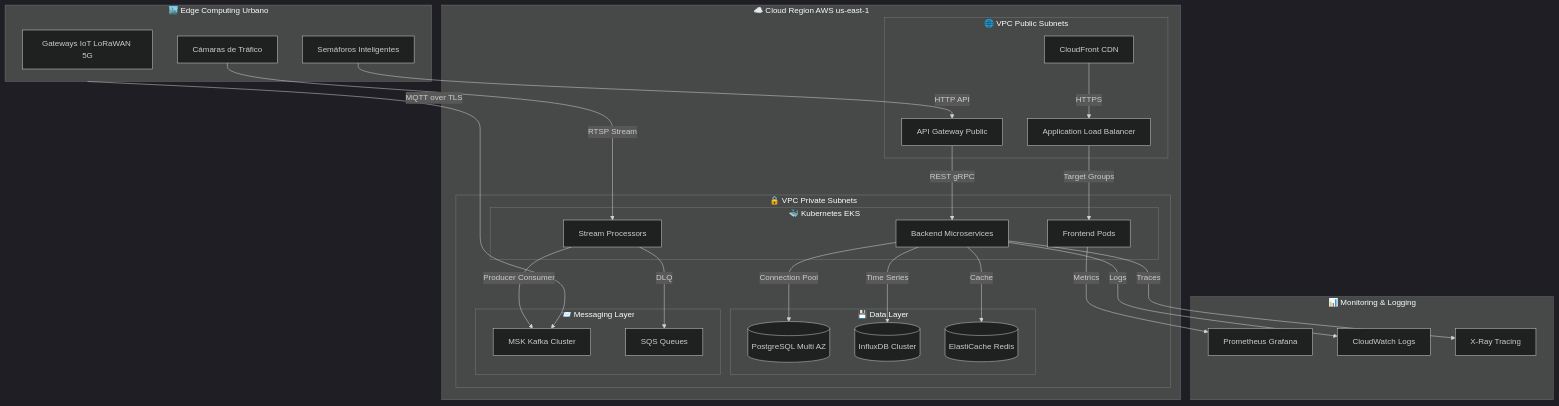
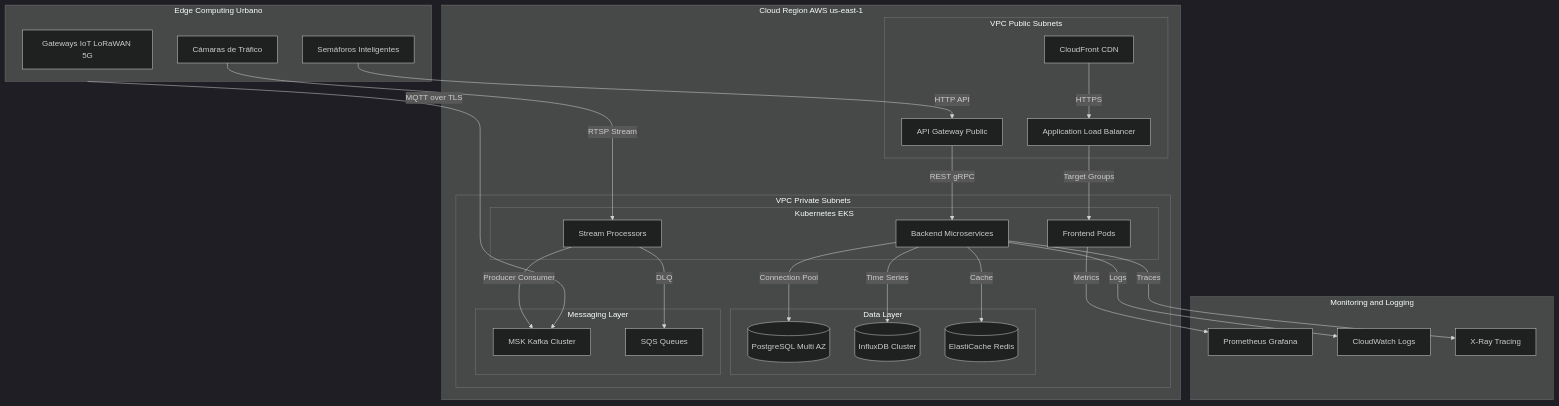
One commit to navegador10/Actividad_1_Arquitectura_Smart_Mobility changed the sixth of 6 diagrams in README.md. Above: the diagram before and after it, drawn with Mermaid (dark theme). The commit also changed other lines of this file, not shown here.

First line of the commit message:
Fix: Eliminar emojis de nombres de subgrafos Mermaid para compatibilidad con GitHub

````diff
--- a/README.md
+++ b/README.md
@@ -441,59 +441,59 @@
 ```mermaid
 graph TB
-    subgraph EDGE["🏙️ Edge Computing Urbano"]
+    subgraph EDGE["Edge Computing Urbano"]
         E1[Gateways IoT LoRaWAN 5G]
         E2[Semáforos Inteligentes]
         E3[Cámaras de Tráfico]
     end
 
-    subgraph CLOUD_REGION["☁️ Cloud Region AWS us-east-1"]
-        subgraph VPC_PUBLIC["🌐 VPC Public Subnets"]
+    subgraph CLOUD_REGION["Cloud Region AWS us-east-1"]
+        subgraph VPC_PUBLIC["VPC Public Subnets"]
             LB[Application Load Balancer]
             CDN[CloudFront CDN]
             API[API Gateway Public]
         end
 
-        subgraph VPC_PRIVATE["🔒 VPC Private Subnets"]
-            subgraph K8S_CLUSTER["🐳 Kubernetes EKS"]
+        subgraph VPC_PRIVATE["VPC Private Subnets"]
+            subgraph K8S_CLUSTER["Kubernetes EKS"]
                 POD1[Frontend Pods]
                 POD2[Backend Microservices]
                 POD3[Stream Processors]
             end
 
-            subgraph DATA_LAYER["💾 Data Layer"]
+            subgraph DATA_LAYER["Data Layer"]
                 RDS[(PostgreSQL Multi AZ)]
                 INFLUX[(InfluxDB Cluster)]
                 REDIS[(ElastiCache Redis)]
             end
 
-            subgraph MESSAGING["📨 Messaging Layer"]
+            subgraph MESSAGING["Messaging Layer"]
                 KAFKA[MSK Kafka Cluster]
                 SQS[SQS Queues]
             end
         end
     end
 
-    subgraph MONITORING["📊 Monitoring & Logging"]
+    subgraph MONITORING["Monitoring and Logging"]
         PROM[Prometheus Grafana]
         CW[CloudWatch Logs]
         XRAY[X-Ray Tracing]
     end
 
     EDGE -->|MQTT over TLS| KAFKA
     E2 -->|HTTP API| API
     E3 -->|RTSP Stream| POD3
 
     CDN -->|HTTPS| LB
     LB -->|Target Groups| POD1
     API -->|REST gRPC| POD2
 
     POD2 -->|Connection Pool| RDS
     POD2 -->|Time Series| INFLUX
     POD2 -->|Cache| REDIS
     POD3 -->|Producer Consumer| KAFKA
     POD3 -->|DLQ| SQS
 
     POD1 -->|Metrics| PROM
     POD2 -->|Logs| CW
     POD2 -->|Traces| XRAY
 ```
````
